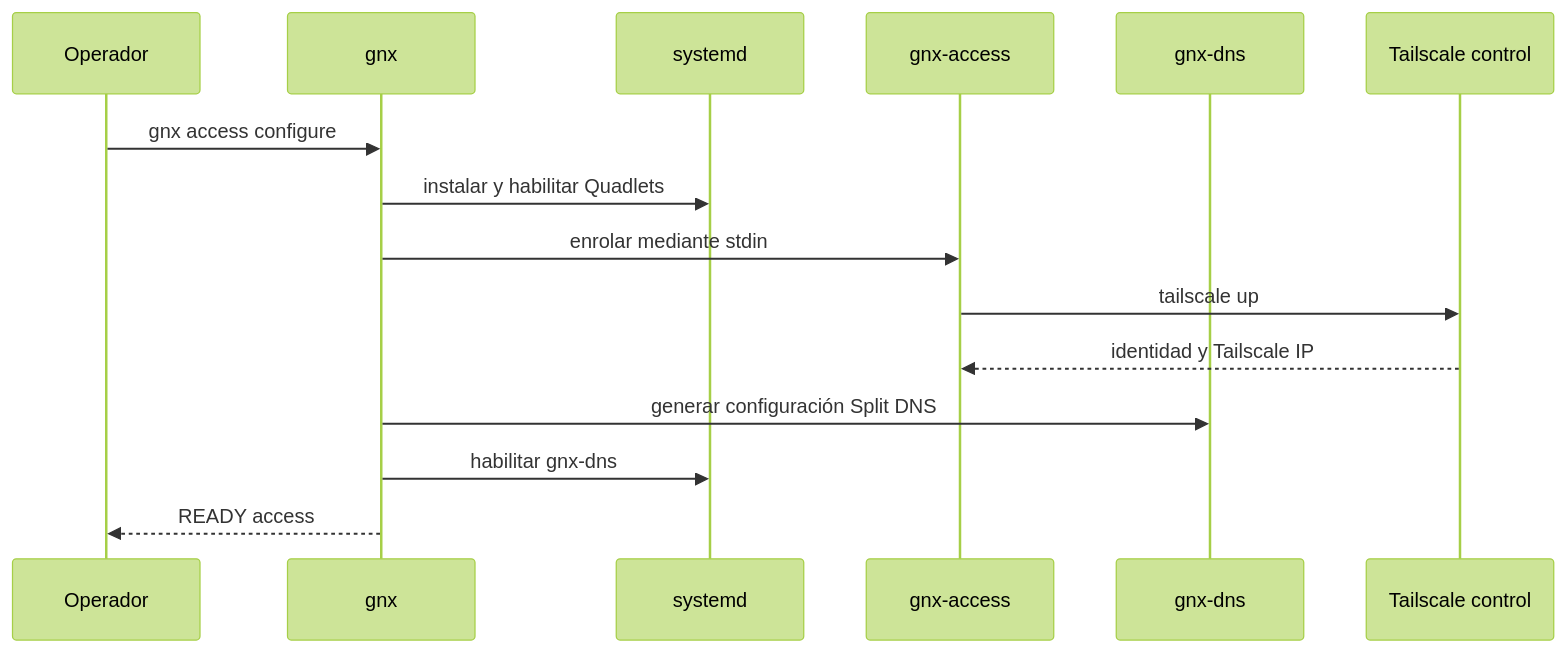
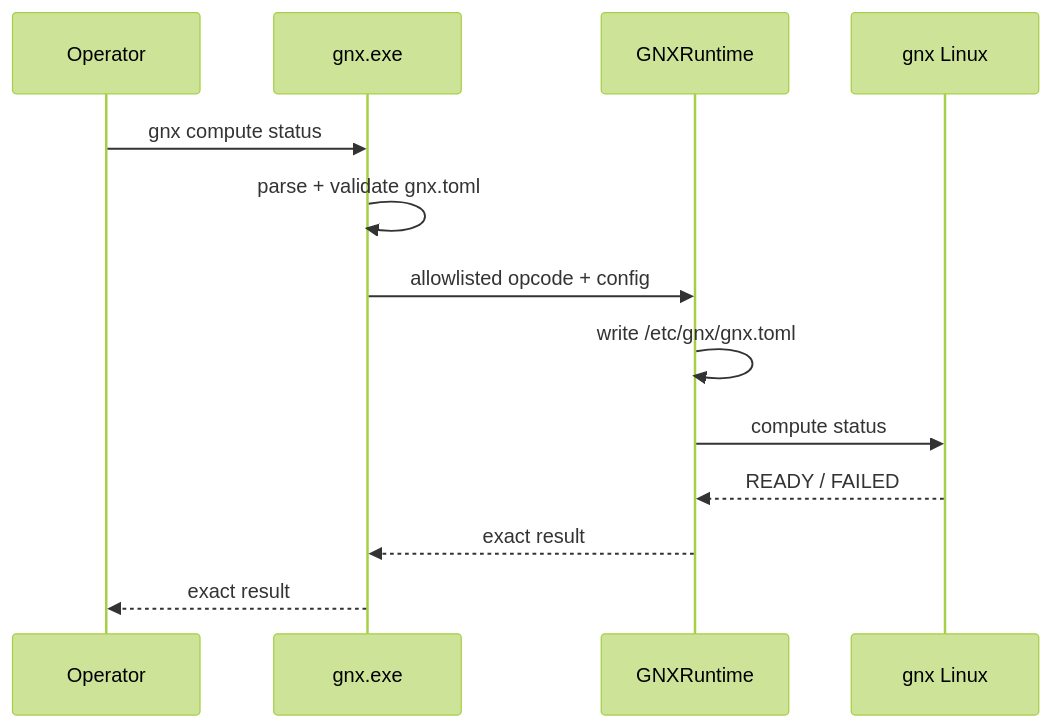
The second of 4 diagrams in docs/arquitectura.md (mayas-alas/quetzalcoatl), drawn with Mermaid (forest theme) before and after one commit. The commit also changed other lines of this file and 22 other files, not shown here.

````diff
--- a/docs/arquitectura.md
+++ b/docs/arquitectura.md
@@ -139,18 +202,16 @@
 ```mermaid
 sequenceDiagram
-    participant OP as Operador
-    participant GNX as gnx
-    participant SYS as systemd
-    participant TS as gnx-access
-    participant DNS as gnx-dns
-    participant CTRL as Tailscale control
+    participant O as Operator
+    participant C as gnx.exe
+    participant B as GNXRuntime
+    participant L as gnx Linux
 
-    OP->>GNX: gnx access configure
-    GNX->>SYS: instalar y habilitar Quadlets
-    GNX->>TS: enrolar mediante stdin
-    TS->>CTRL: tailscale up
-    CTRL-->>TS: identidad y Tailscale IP
-    GNX->>DNS: generar configuración Split DNS
-    GNX->>SYS: habilitar gnx-dns
-    GNX-->>OP: READY access
+    O->>C: gnx compute status
+    C->>C: parse + validate gnx.toml
+    C->>B: allowlisted opcode + config
+    B->>B: write /etc/gnx/gnx.toml
+    B->>L: compute status
+    L-->>B: READY / FAILED
+    B-->>C: exact result
+    C-->>O: exact result
 ```
````
